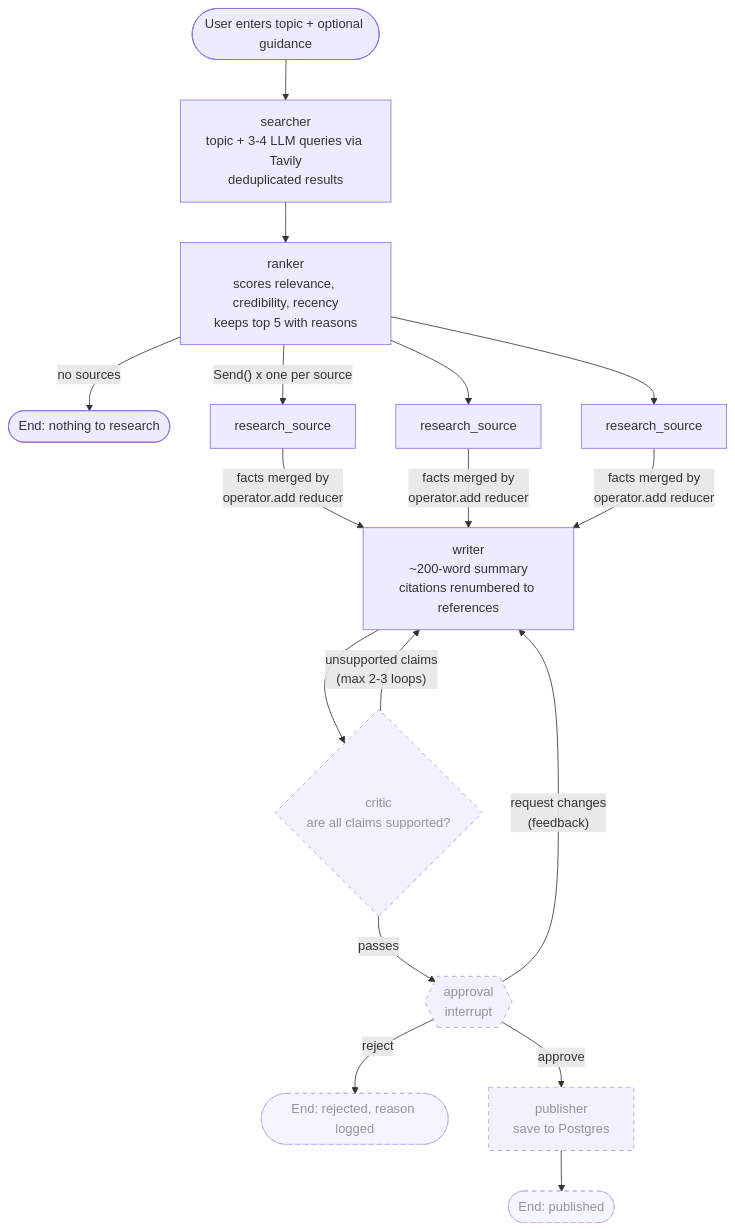
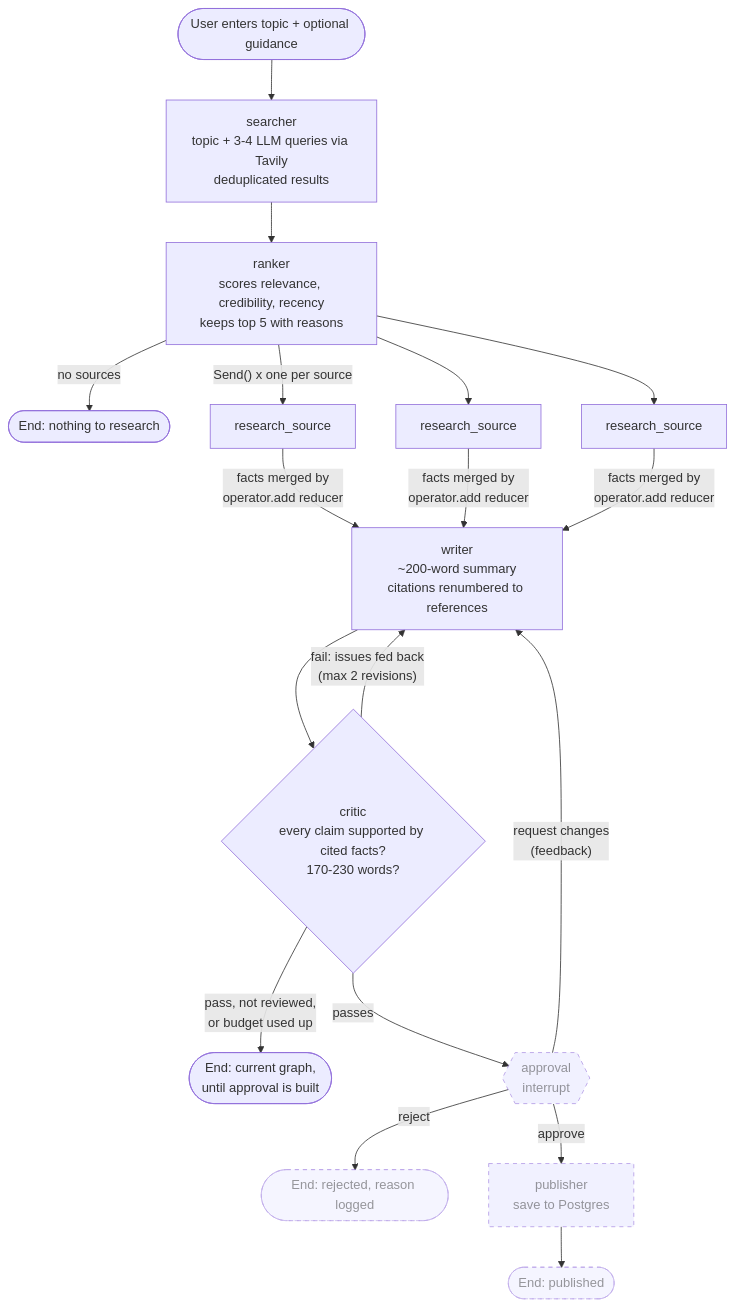
One commit to p-sharma/langgraph-content-pipeline changed the diagram in README.md. Above: the diagram before and after it, drawn with Mermaid. The commit also changed other lines of this file and 4 other files, not shown here.

````diff
--- a/README.md
+++ b/README.md
@@ -19,20 +19,21 @@
 ```mermaid
 flowchart TD
     START([User enters topic + optional guidance]) --> SEARCH[searcher<br/>topic + 3-4 LLM queries via Tavily<br/>deduplicated results]
     SEARCH --> RANK[ranker<br/>scores relevance, credibility, recency<br/>keeps top 5 with reasons]
     RANK -- "no sources" --> NOSRC([End: nothing to research])
     RANK -- "Send() x one per source" --> R1[research_source]
     RANK --> R2[research_source]
     RANK --> R3[research_source]
     R1 & R2 & R3 -- "facts merged by<br/>operator.add reducer" --> WRITE[writer<br/>~200-word summary<br/>citations renumbered to references]
-    WRITE --> CRITIC{critic<br/>are all claims supported?}
-    CRITIC -- "unsupported claims<br/>(max 2-3 loops)" --> WRITE
+    WRITE --> CRITIC{critic<br/>every claim supported by cited facts?<br/>170-230 words?}
+    CRITIC -- "fail: issues fed back<br/>(max 2 revisions)" --> WRITE
+    CRITIC -- "pass, not reviewed,<br/>or budget used up" --> NOW([End: current graph,<br/>until approval is built])
     CRITIC -- passes --> APPROVAL{{approval<br/>interrupt}}
     APPROVAL -- "request changes<br/>(feedback)" --> WRITE
     APPROVAL -- reject --> REJECTED([End: rejected, reason logged])
     APPROVAL -- approve --> PUBLISH[publisher<br/>save to Postgres]
     PUBLISH --> DONE([End: published])
 
     classDef planned stroke-dasharray: 5 5,opacity:0.7
-    class CRITIC,APPROVAL,REJECTED,PUBLISH,DONE planned
+    class APPROVAL,REJECTED,PUBLISH,DONE planned
 ```
````
